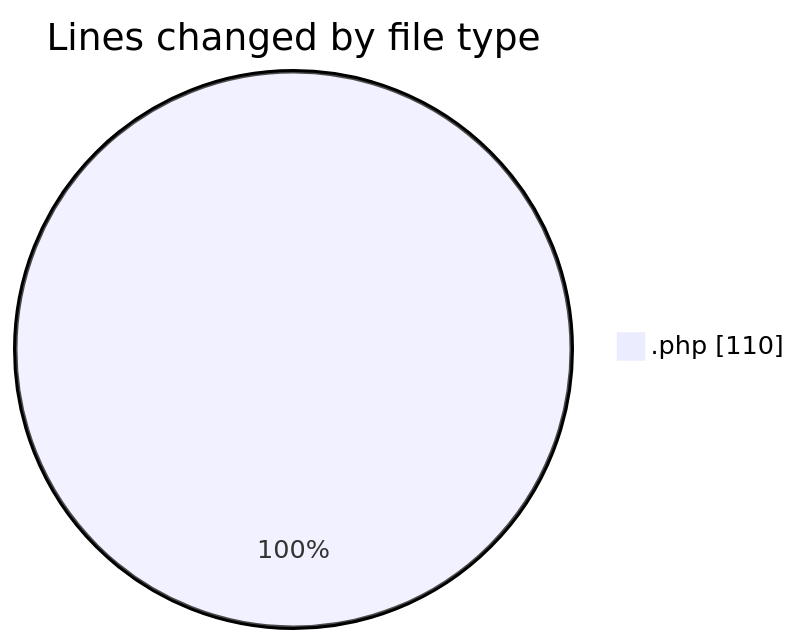
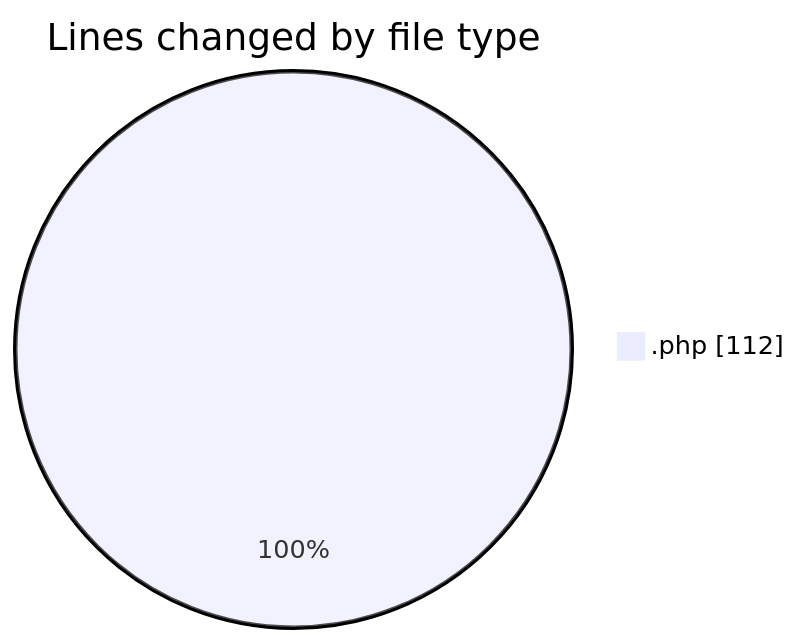
The first of 2 diagrams in 2025-01-24/web/README.md (LanceThiago/code-tracking), drawn with Mermaid before and after one commit. The commit also changed other lines of this file and 1 other file, not shown here.

````diff
--- a/2025-01-24/web/README.md
+++ b/2025-01-24/web/README.md
@@ -20,5 +20,5 @@
 ```mermaid
 pie showData
 title Lines changed by file type
-".php" : 110
+".php" : 112
 ```
````
